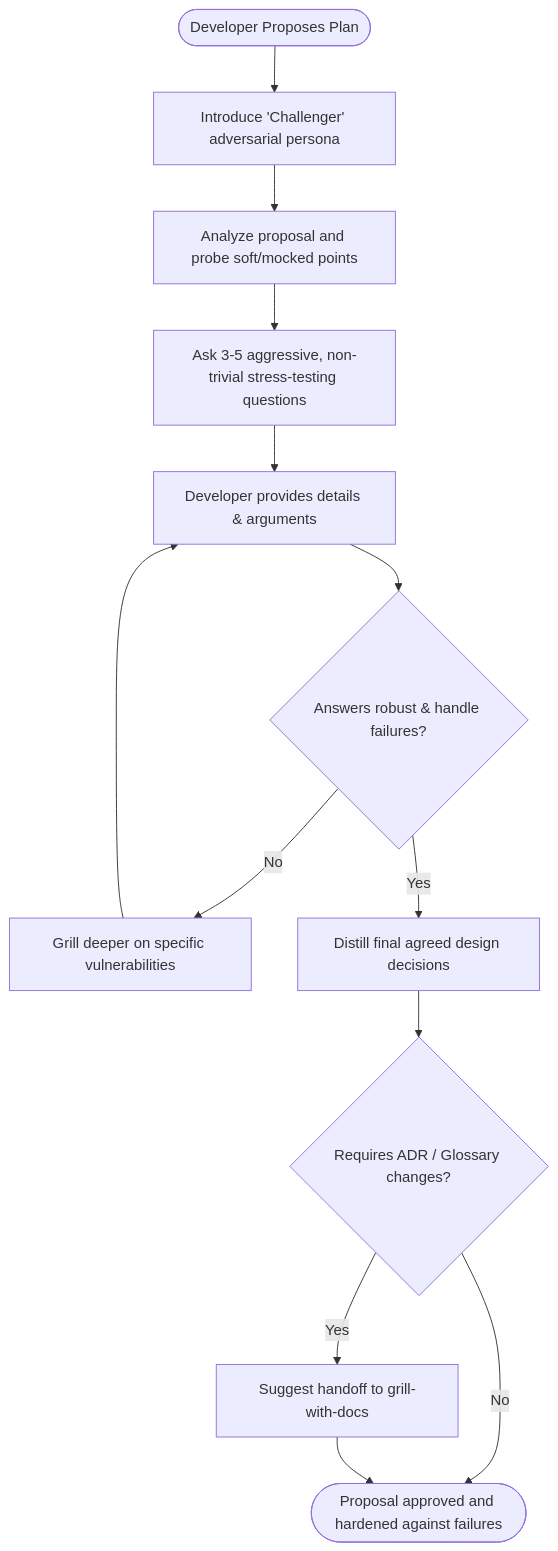
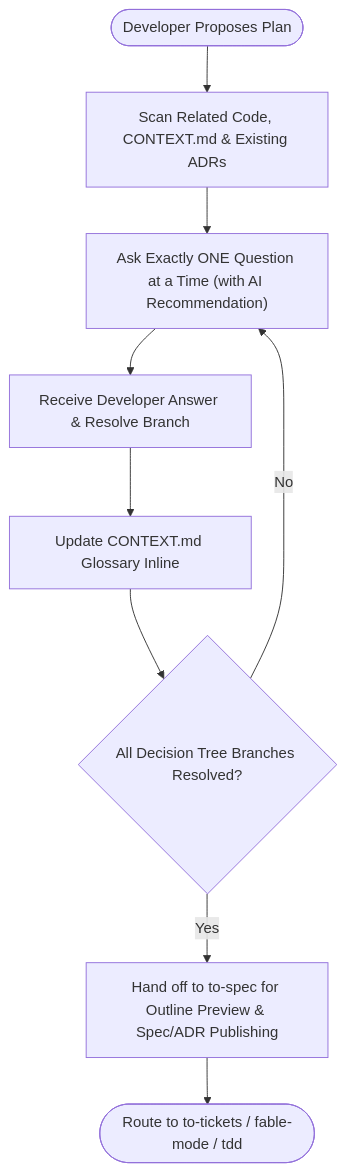
The first of 3 diagrams in docs/workflows/grill-me.md (dyphn1/Harness-everything), drawn with Mermaid before and after one commit. The commit also changed 54 other files, not shown here.

````diff
--- a/docs/workflows/grill-me.md
+++ b/docs/workflows/grill-me.md
@@ -11,15 +11,11 @@
 ```mermaid
 graph TD
-  Start([Developer Proposes Plan]) --> IntroduceChallenger["Introduce 'Challenger' adversarial persona"]
-  IntroduceChallenger --> ProbeAssumptions["Analyze proposal and probe soft/mocked points"]
-  ProbeAssumptions --> AskHardQuestions["Ask 3-5 aggressive, non-trivial stress-testing questions"]
-  AskHardQuestions --> ReceiveAnswers["Developer provides details & arguments"]
-  ReceiveAnswers --> ValidateResilience{Answers robust & handle failures?}
-  ValidateResilience -->|No| GrillDeeper["Grill deeper on specific vulnerabilities"]
-  ValidateResilience -->|Yes| DistillDecisions["Distill final agreed design decisions"]
-  GrillDeeper --> ReceiveAnswers
-  DistillDecisions --> CheckDocsNeeded{Requires ADR / Glossary changes?}
-  CheckDocsNeeded -->|Yes| TransitionToGWD["Suggest handoff to grill-with-docs"]
-  CheckDocsNeeded -->|No| End([Proposal approved and hardened against failures])
-  TransitionToGWD --> End
+  Start([Developer Proposes Plan]) --> Discovery["Scan Related Code, CONTEXT.md & Existing ADRs"]
+  Discovery --> AskQuestion["Ask Exactly ONE Question at a Time (with AI Recommendation)"]
+  AskQuestion --> ReceiveAnswer["Receive Developer Answer & Resolve Branch"]
+  ReceiveAnswer --> UpdateGlossary["Update CONTEXT.md Glossary Inline"]
+  UpdateGlossary --> ValidateResilience{All Decision Tree Branches Resolved?}
+  ValidateResilience -->|No| AskQuestion
+  ValidateResilience -->|Yes| HandoffToSpec["Hand off to to-spec for Outline Preview & Spec/ADR Publishing"]
+  HandoffToSpec --> End([Route to to-tickets / fable-mode / tdd])
 ```
````
